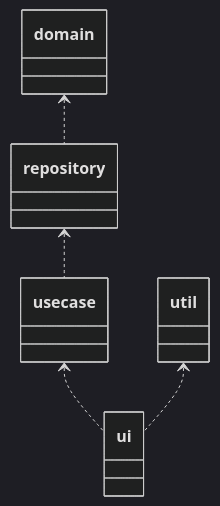
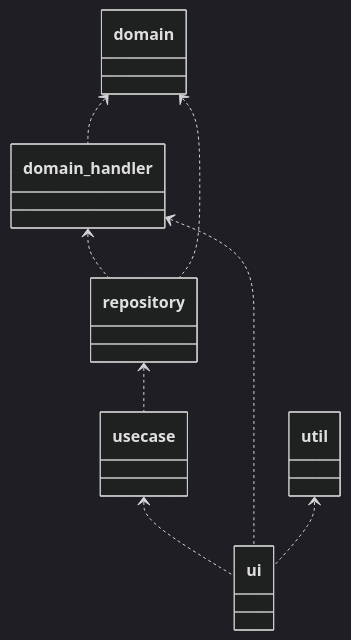
The diagram in README.md (miyatama/rust_console_project_template), drawn with Mermaid (dark theme) before and after one commit. The commit also changed other lines of this file and 11 other files, not shown here.

````diff
--- a/README.md
+++ b/README.md
@@ -30,20 +31,25 @@
 ```mermaid
 ---
 参照関係
 ---
 classDiagram
 
   usecase <.. ui 
+  domain_handler <.. ui
   repository <.. usecase
+  domain_handler <.. repository
   domain <.. repository
+  domain <.. domain_handler
   util <.. ui
 
   class ui {
   }
   class usecase {
   }
   class repository {
   }
+  class domain_handler {
+  }
   class domain {
   }
 ```
````
